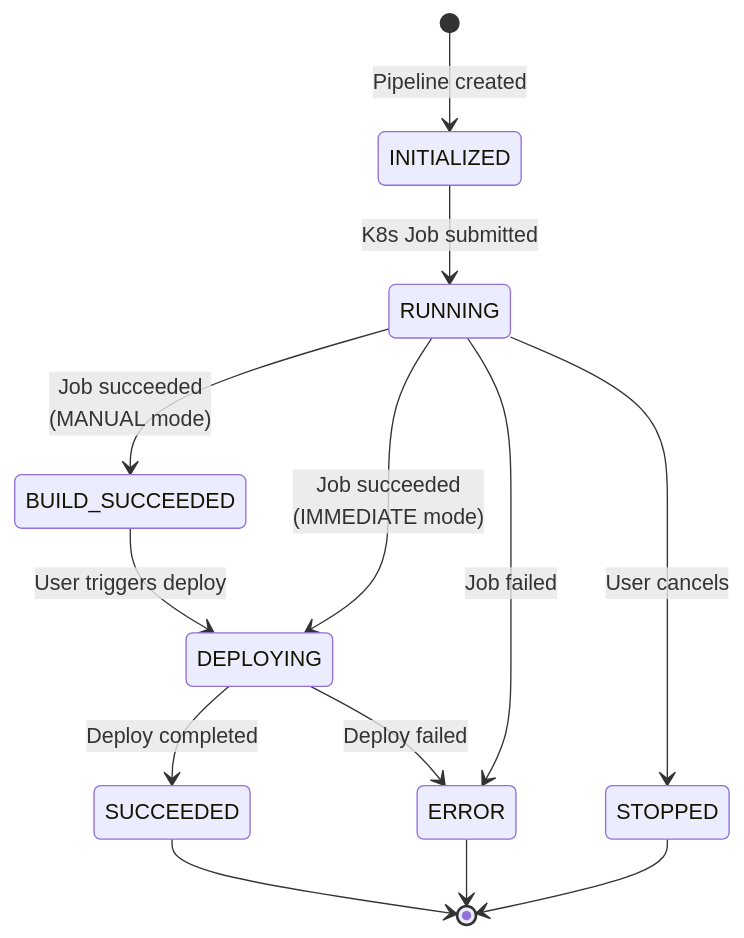
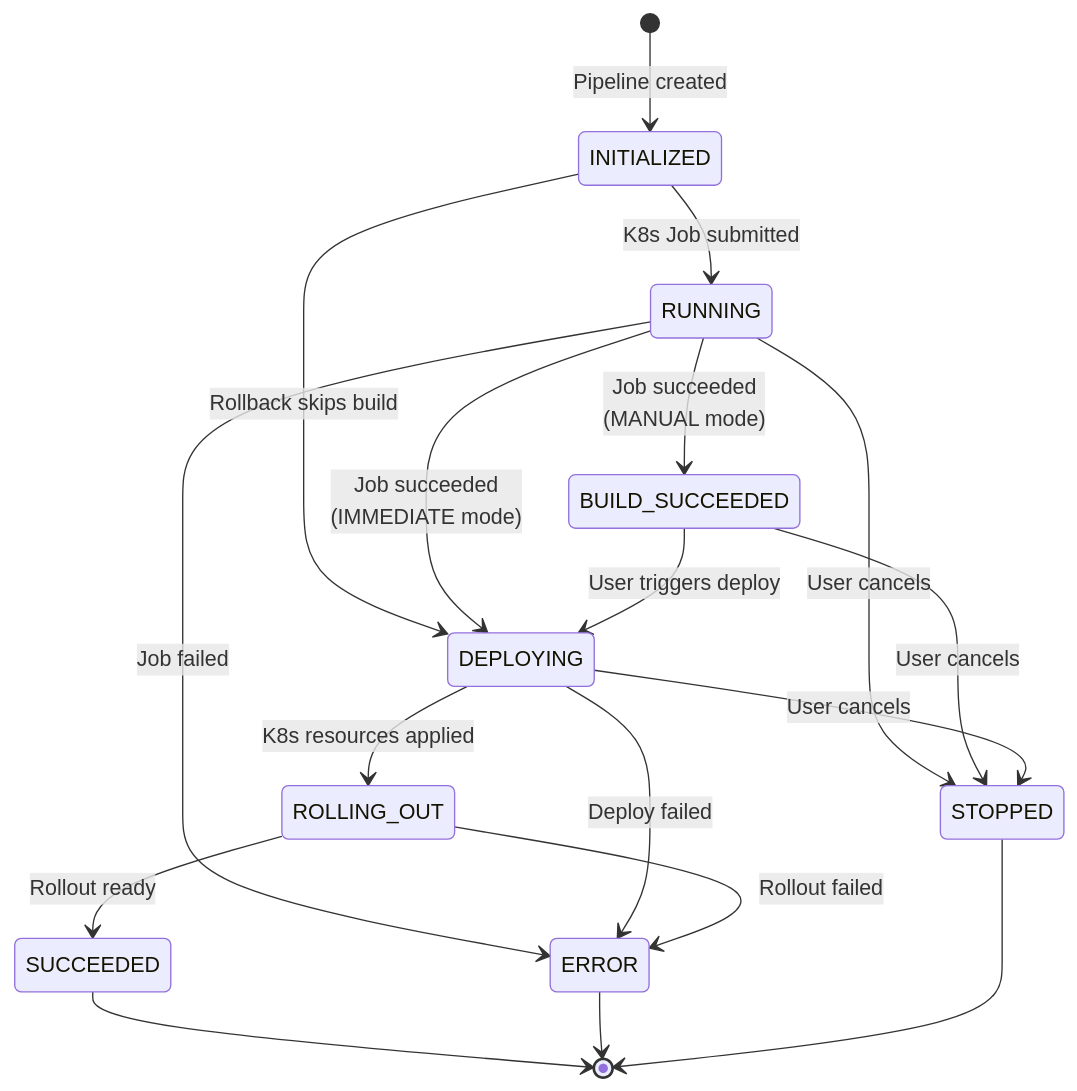
One commit to wellCh4n/oops changed the second of 2 diagrams in README.md. Above: the diagram before and after it, drawn with Mermaid. The commit also changed other lines of this file and 2 other files, not shown here.

````diff
--- a/README.md
+++ b/README.md
@@ -124,20 +133,26 @@
 ```mermaid
 stateDiagram-v2
     direction TB
     [*] --> INITIALIZED: Pipeline created
     INITIALIZED --> RUNNING: K8s Job submitted
+    INITIALIZED --> DEPLOYING: Rollback skips build
 
     RUNNING --> BUILD_SUCCEEDED: Job succeeded<br/>(MANUAL mode)
     RUNNING --> DEPLOYING: Job succeeded<br/>(IMMEDIATE mode)
     RUNNING --> ERROR: Job failed
     RUNNING --> STOPPED: User cancels
 
     BUILD_SUCCEEDED --> DEPLOYING: User triggers deploy
+    BUILD_SUCCEEDED --> STOPPED: User cancels
 
-    DEPLOYING --> SUCCEEDED: Deploy completed
+    DEPLOYING --> ROLLING_OUT: K8s resources applied
     DEPLOYING --> ERROR: Deploy failed
+    DEPLOYING --> STOPPED: User cancels
+
+    ROLLING_OUT --> SUCCEEDED: Rollout ready
+    ROLLING_OUT --> ERROR: Rollout failed
 
     SUCCEEDED --> [*]
     ERROR --> [*]
     STOPPED --> [*]
 ```
````
